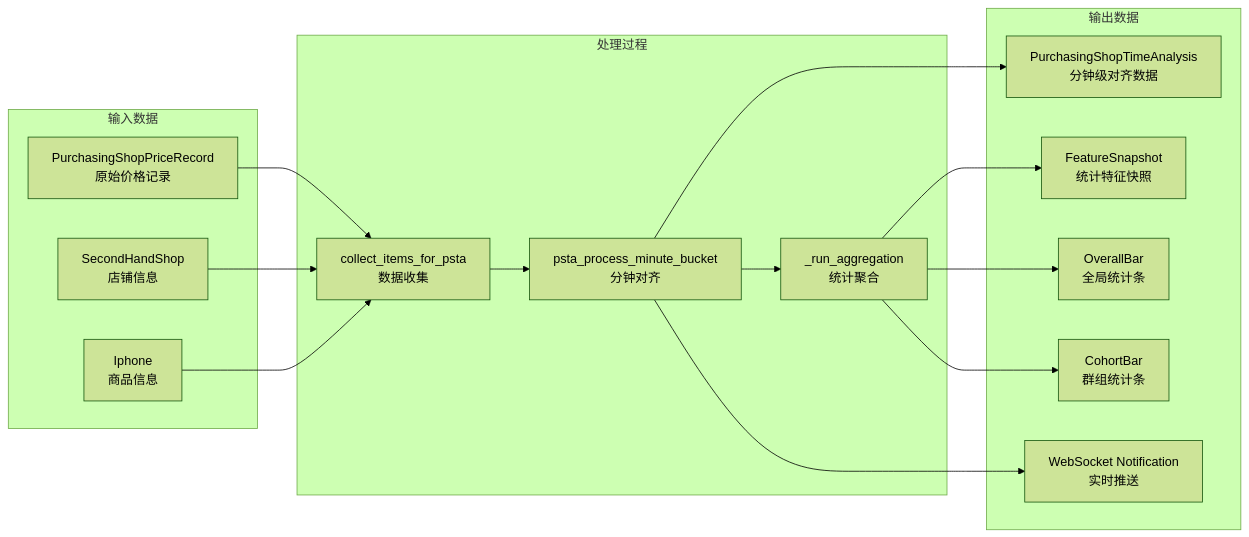
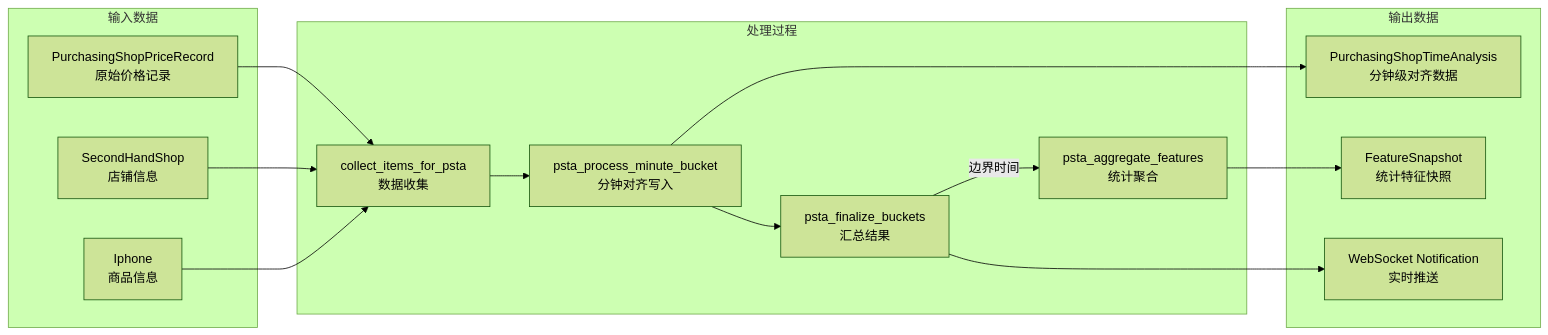
The fourth of 6 diagrams in docs/TIMESTAMP_ALIGNMENT_TASK_FLOWCHART.md (zhujiansamuel/YamagotiProjects), drawn with Mermaid (forest theme) before and after one commit. The commit also changed other lines of this file and 3 other files, not shown here.

First line of the commit message:
refactor: PSTA v3 - move aggregation to finalize with separate task

````diff
--- a/docs/TIMESTAMP_ALIGNMENT_TASK_FLOWCHART.md
+++ b/docs/TIMESTAMP_ALIGNMENT_TASK_FLOWCHART.md
@@ -177,33 +185,31 @@
 ```mermaid
 flowchart LR
     subgraph Input["输入数据"]
         I1[PurchasingShopPriceRecord<br/>原始价格记录]
         I2[SecondHandShop<br/>店铺信息]
         I3[Iphone<br/>商品信息]
     end
 
     subgraph Processing["处理过程"]
         P1[collect_items_for_psta<br/>数据收集]
-        P2[psta_process_minute_bucket<br/>分钟对齐]
-        P3[_run_aggregation<br/>统计聚合]
+        P2[psta_process_minute_bucket<br/>分钟对齐写入]
+        P3[psta_finalize_buckets<br/>汇总结果]
+        P4[psta_aggregate_features<br/>统计聚合]
     end
 
     subgraph Output["输出数据"]
         O1[PurchasingShopTimeAnalysis<br/>分钟级对齐数据]
         O2[FeatureSnapshot<br/>统计特征快照]
-        O3[OverallBar<br/>全局统计条]
-        O4[CohortBar<br/>群组统计条]
-        O5[WebSocket Notification<br/>实时推送]
+        O3[WebSocket Notification<br/>实时推送]
     end
 
     I1 --> P1
     I2 --> P1
     I3 --> P1
     P1 --> P2
     P2 --> O1
     P2 --> P3
-    P3 --> O2
     P3 --> O3
-    P3 --> O4
-    P2 --> O5
+    P3 -->|边界时间| P4
+    P4 --> O2
 ```
````
